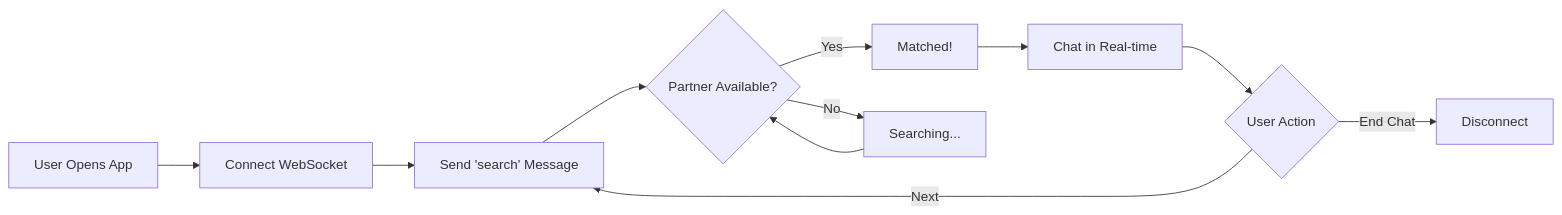
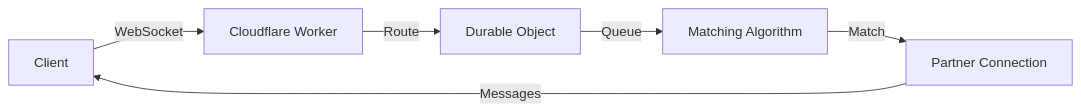
One commit to ItsSVK/chatme changed the diagram in README.md. Above: the diagram before and after it, drawn with Mermaid. The commit also changed other lines of this file and 3 other files, not shown here.

````diff
--- a/README.md
+++ b/README.md
@@ -135,13 +150,8 @@
 ```mermaid
 graph LR
-    A[User Opens App] --> B[Connect WebSocket]
-    B --> C[Send 'search' Message]
-    C --> D{Partner Available?}
-    D -->|Yes| E[Matched!]
-    D -->|No| F[Searching...]
-    F --> D
-    E --> G[Chat in Real-time]
-    G --> H{User Action}
-    H -->|Next| C
-    H -->|End Chat| I[Disconnect]
+    A[Client] -->|WebSocket| B[Cloudflare Worker]
+    B -->|Route| C[Durable Object]
+    C -->|Queue| D[Matching Algorithm]
+    D -->|Match| E[Partner Connection]
+    E -->|Messages| A
 ```
````
